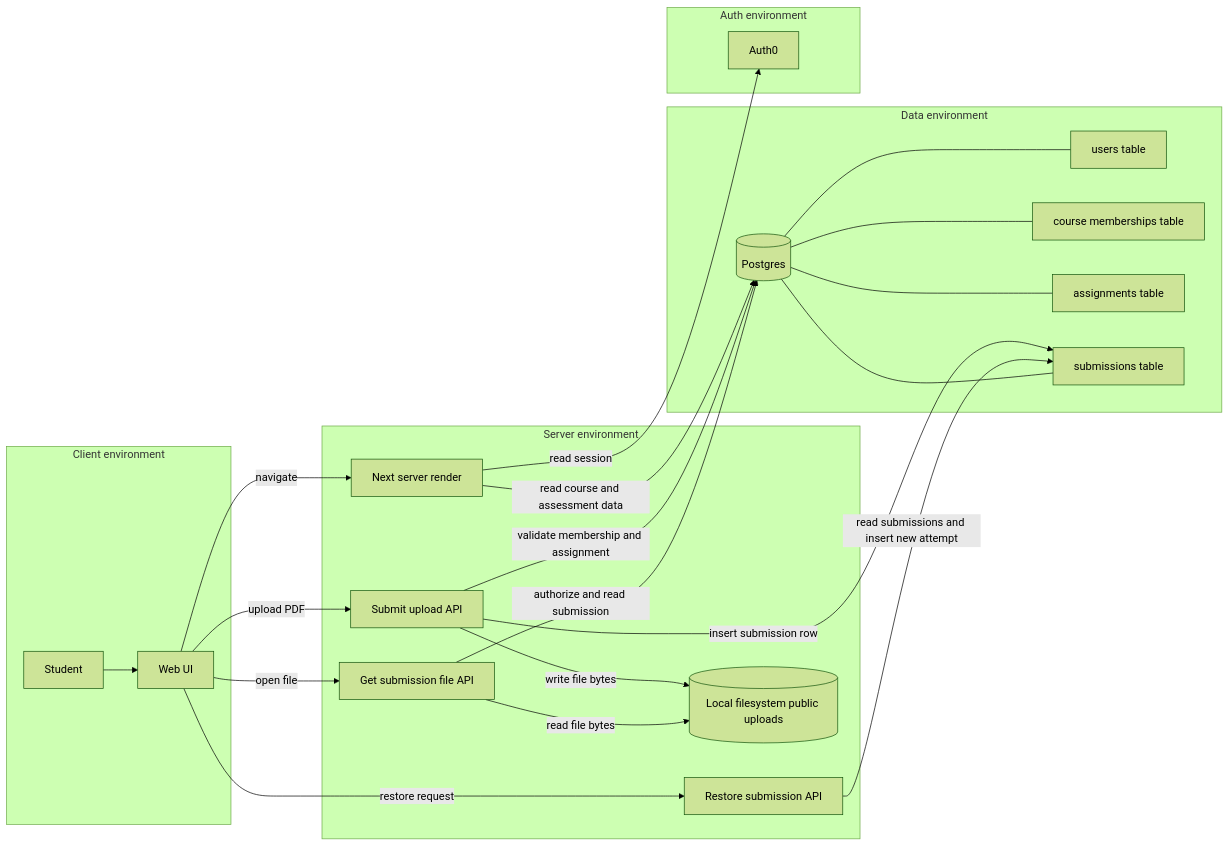
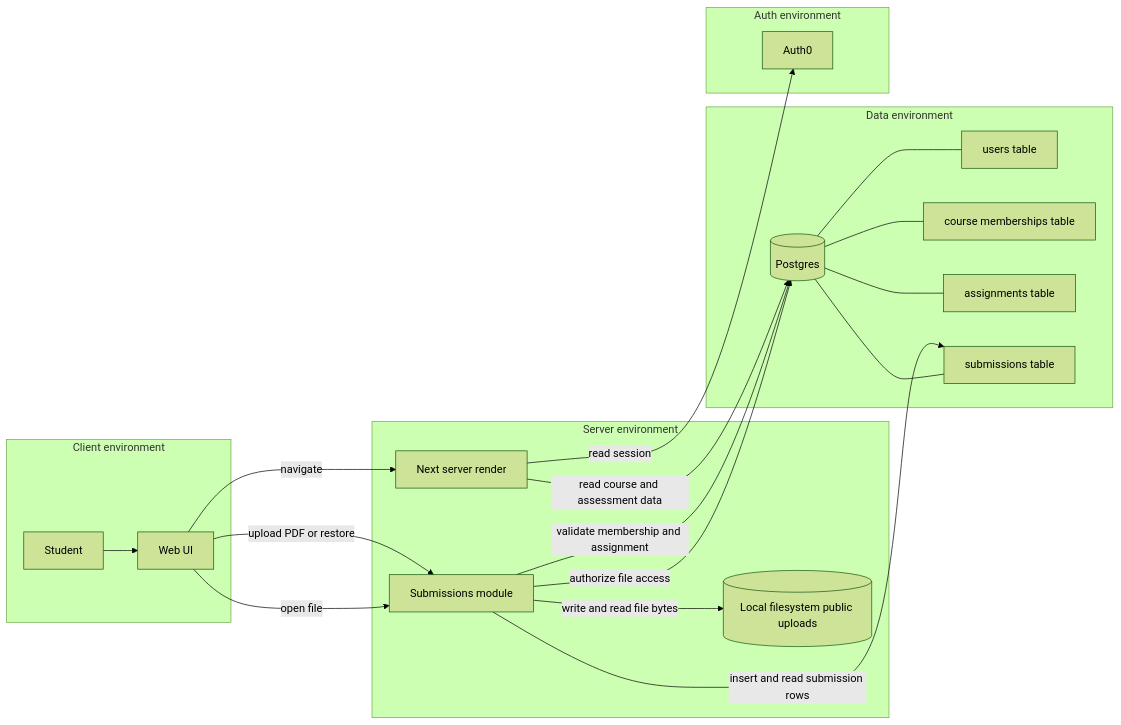
Before and after one commit to KesterTan/GradienceV2: the first of 3 diagrams in DEV_SPEC_SUBMISSIONS.md, drawn with Mermaid (forest theme). The commit also changed other lines of this file, not shown here.

````diff
--- a/DEV_SPEC_SUBMISSIONS.md
+++ b/DEV_SPEC_SUBMISSIONS.md
@@ -31,49 +31,43 @@
 ```mermaid
 flowchart LR
   subgraph ClientEnv[Client environment]
     U[Student]
     UI[Web UI]
   end
 
   subgraph ServerEnv[Server environment]
     SSR[Next server render]
-    API1[Submit upload API]
-    API2[Restore submission API]
-    API3[Get submission file API]
+    SubmissionsModule[Submissions module]
     FS[(Local filesystem public uploads)]
   end
 
   subgraph DataEnv[Data environment]
     DB[(Postgres)]
     TUsers[users table]
     TMemberships[course memberships table]
     TAssignments[assignments table]
     TSubmissions[submissions table]
   end
 
   subgraph AuthEnv[Auth environment]
     Auth0[Auth0]
   end
 
   U --> UI
   UI -->|navigate| SSR
   SSR -->|read course and assessment data| DB
   SSR -->|read session| Auth0
 
-  UI -->|upload PDF| API1
-  API1 -->|validate membership and assignment| DB
-  API1 -->|write file bytes| FS
-  API1 -->|insert submission row| TSubmissions
+  UI -->|upload PDF or restore| SubmissionsModule
+  SubmissionsModule -->|validate membership and assignment| DB
+  SubmissionsModule -->|write and read file bytes| FS
+  SubmissionsModule -->|insert and read submission rows| TSubmissions
 
-  UI -->|restore request| API2
-  API2 -->|read submissions and insert new attempt| TSubmissions
-
-  UI -->|open file| API3
-  API3 -->|authorize and read submission| DB
-  API3 -->|read file bytes| FS
+  UI -->|open file| SubmissionsModule
+  SubmissionsModule -->|authorize file access| DB
 
   DB --- TUsers
   DB --- TMemberships
   DB --- TAssignments
   DB --- TSubmissions
 ```
````
